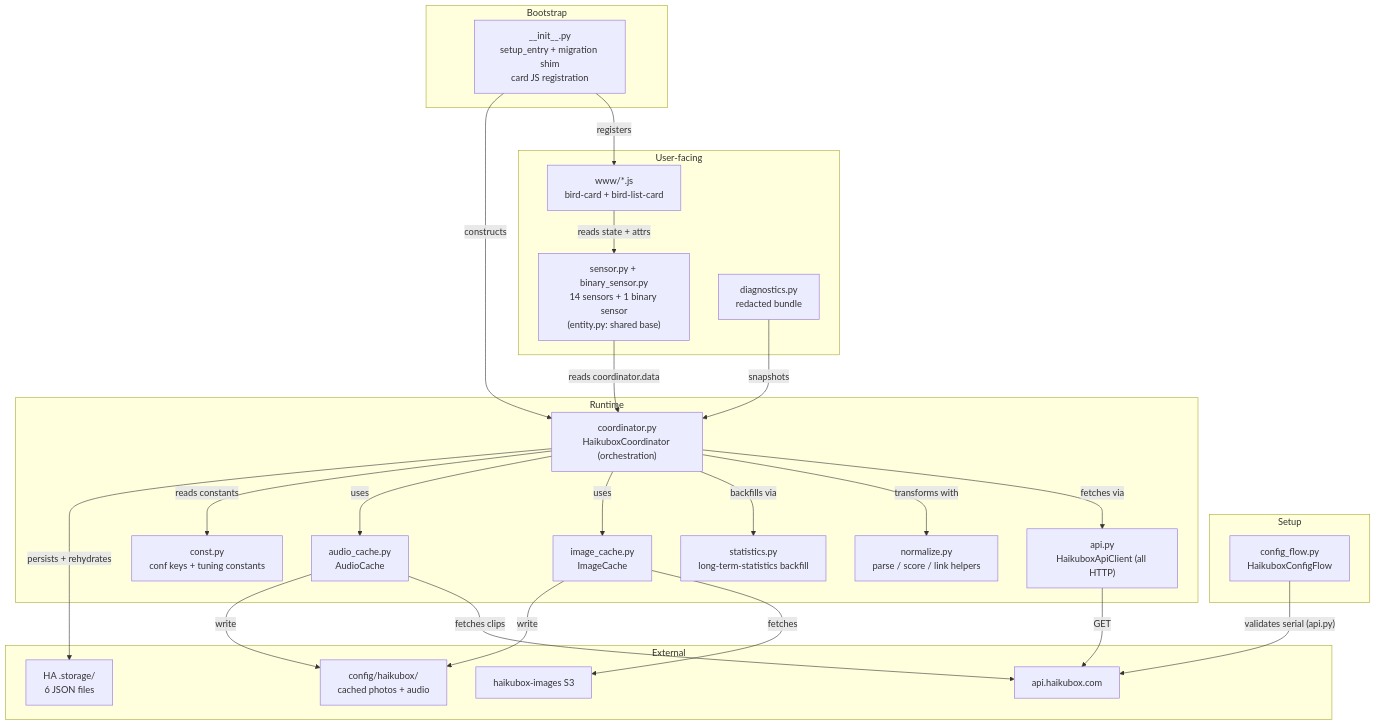
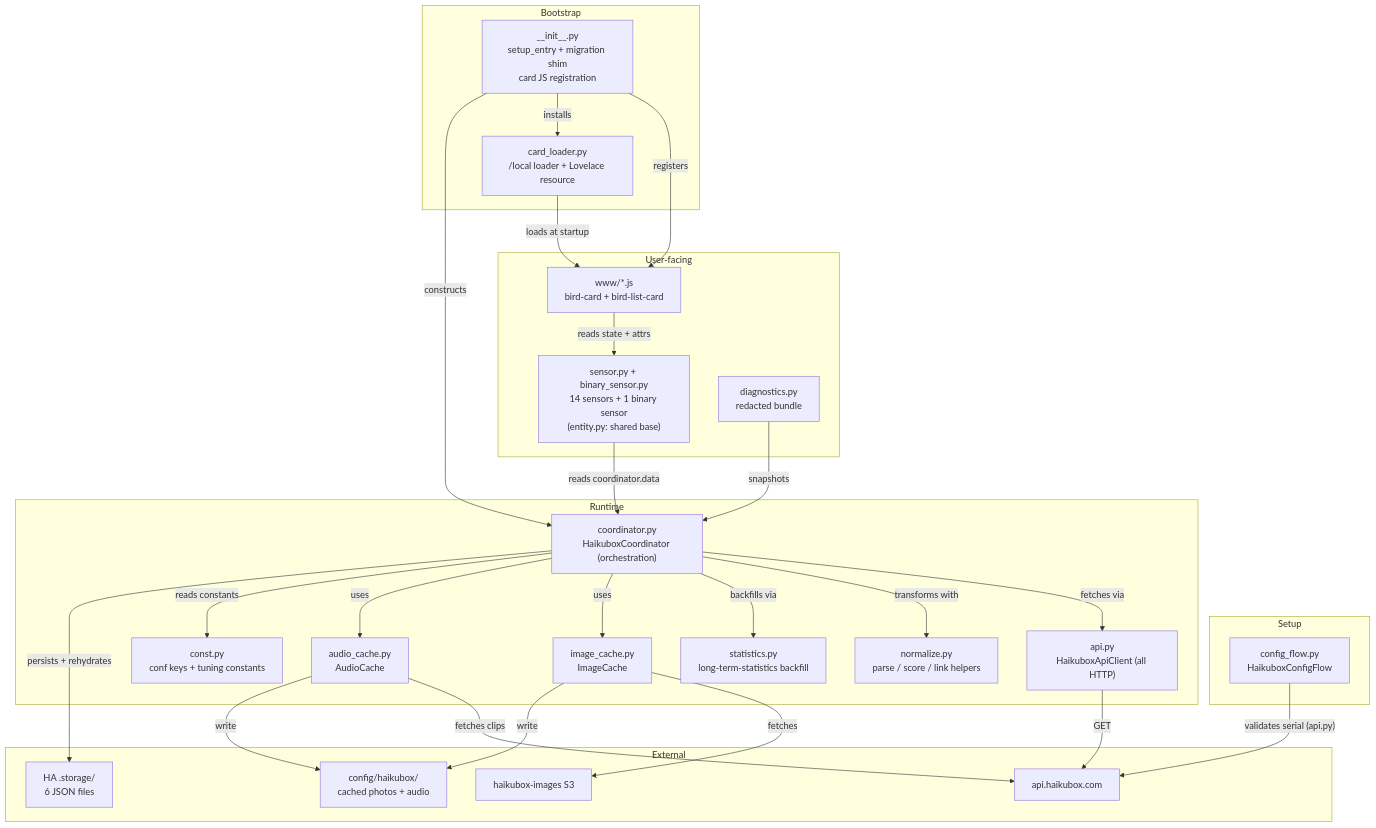
The first of 3 diagrams in docs/architecture.md (eklundjon/ha-haikubox), drawn with Mermaid before and after one commit. The commit also changed other lines of this file and 9 other files, not shown here.

````diff
--- a/docs/architecture.md
+++ b/docs/architecture.md
@@ -9,51 +9,54 @@
 ```mermaid
 graph TB
     subgraph Setup
         ConfigFlow["config_flow.py<br/>HaikuboxConfigFlow"]
     end
 
     subgraph Bootstrap
         InitMod["__init__.py<br/>setup_entry + migration shim<br/>card JS registration"]
+        Loader["card_loader.py<br/>/local loader + Lovelace resource"]
     end
 
     subgraph Runtime
         Coord["coordinator.py<br/>HaikuboxCoordinator (orchestration)"]
         Api["api.py<br/>HaikuboxApiClient (all HTTP)"]
         Normalize["normalize.py<br/>parse / score / link helpers"]
         Stats["statistics.py<br/>long-term-statistics backfill"]
         Images["image_cache.py<br/>ImageCache"]
         Audio["audio_cache.py<br/>AudioCache"]
         Const["const.py<br/>conf keys + tuning constants"]
     end
 
     subgraph User-facing
         Sensors["sensor.py + binary_sensor.py<br/>14 sensors + 1 binary sensor<br/>(entity.py: shared base)"]
         Cards["www/*.js<br/>bird-card + bird-list-card"]
         Diag["diagnostics.py<br/>redacted bundle"]
     end
 
     subgraph External
         API["api.haikubox.com"]
         S3["haikubox-images S3"]
         HAStore["HA .storage/<br/>6 JSON files"]
         WWW["config/haikubox/<br/>cached photos + audio"]
     end
 
     ConfigFlow -- "validates serial (api.py)" --> API
     InitMod -- "registers" --> Cards
+    InitMod -- "installs" --> Loader
+    Loader -- "loads at startup" --> Cards
     InitMod -- "constructs" --> Coord
     Coord -- "fetches via" --> Api
     Coord -- "transforms with" --> Normalize
     Coord -- "backfills via" --> Stats
     Coord -- "uses" --> Images
     Coord -- "uses" --> Audio
     Coord -- "reads constants" --> Const
     Coord -- "persists + rehydrates" --> HAStore
     Api -- "GET" --> API
     Images -- "fetches" --> S3
     Audio -- "fetches clips" --> API
     Images & Audio -- "write" --> WWW
     Sensors -- "reads coordinator.data" --> Coord
     Cards -- "reads state + attrs" --> Sensors
     Diag -- "snapshots" --> Coord
 ```
````
